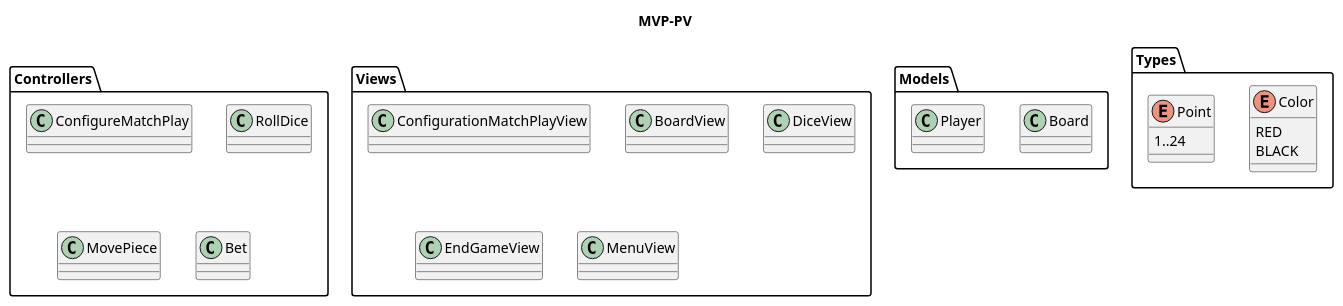
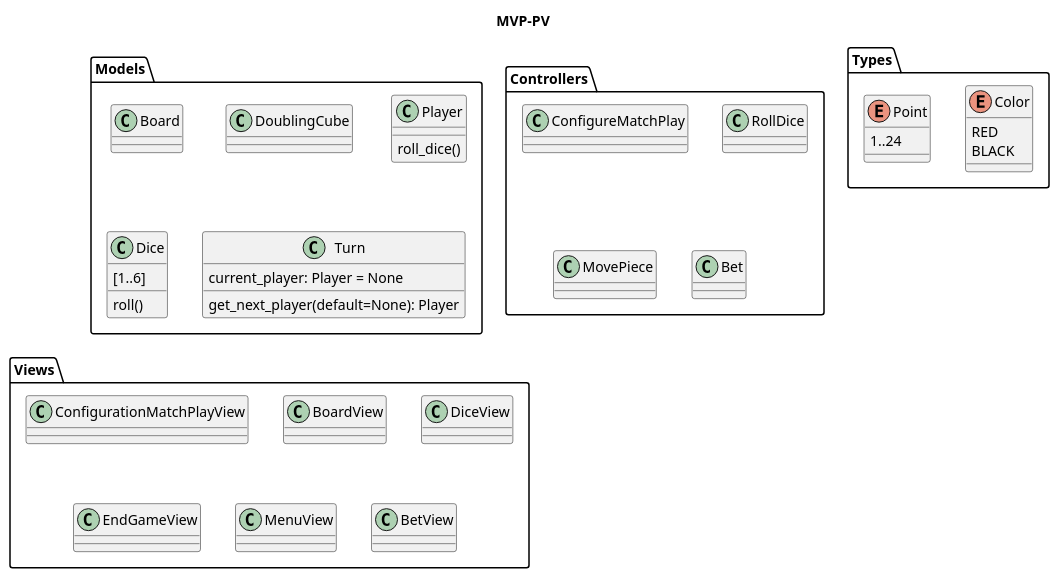
One commit to USantaTecla-game-backgammon/backgammon changed the diagram in docs/analysis/analysis.puml. Above: the diagram before and after it, drawn with PlantUML.

Commit message:
Add Classes to Analysis Diagram

```diff
--- a/docs/analysis/analysis.puml
+++ b/docs/analysis/analysis.puml
@@ -1,34 +1,46 @@
 @startuml
 title MVP-PV
 
 package Models {
     class Board
-    class Player
+    class DoublingCube
+    class Player{
+        roll_dice()
+    }
+    class Dice{
+        [1..6]
+        roll()
+    }
+    class Turn{
+        current_player: Player = None
+        get_next_player(default=None): Player
+    }
 }
 
 package Controllers {
     class ConfigureMatchPlay
     class RollDice
     class MovePiece
     class Bet
 }
 
 package Views {
     class ConfigurationMatchPlayView
     class BoardView
     class DiceView
     class EndGameView
     class MenuView
+    class BetView
 }
 
 package Types {
     enum Color {
         RED
         BLACK
     }
     enum Point {
         1..24
     }
 }
 
 @enduml
```
